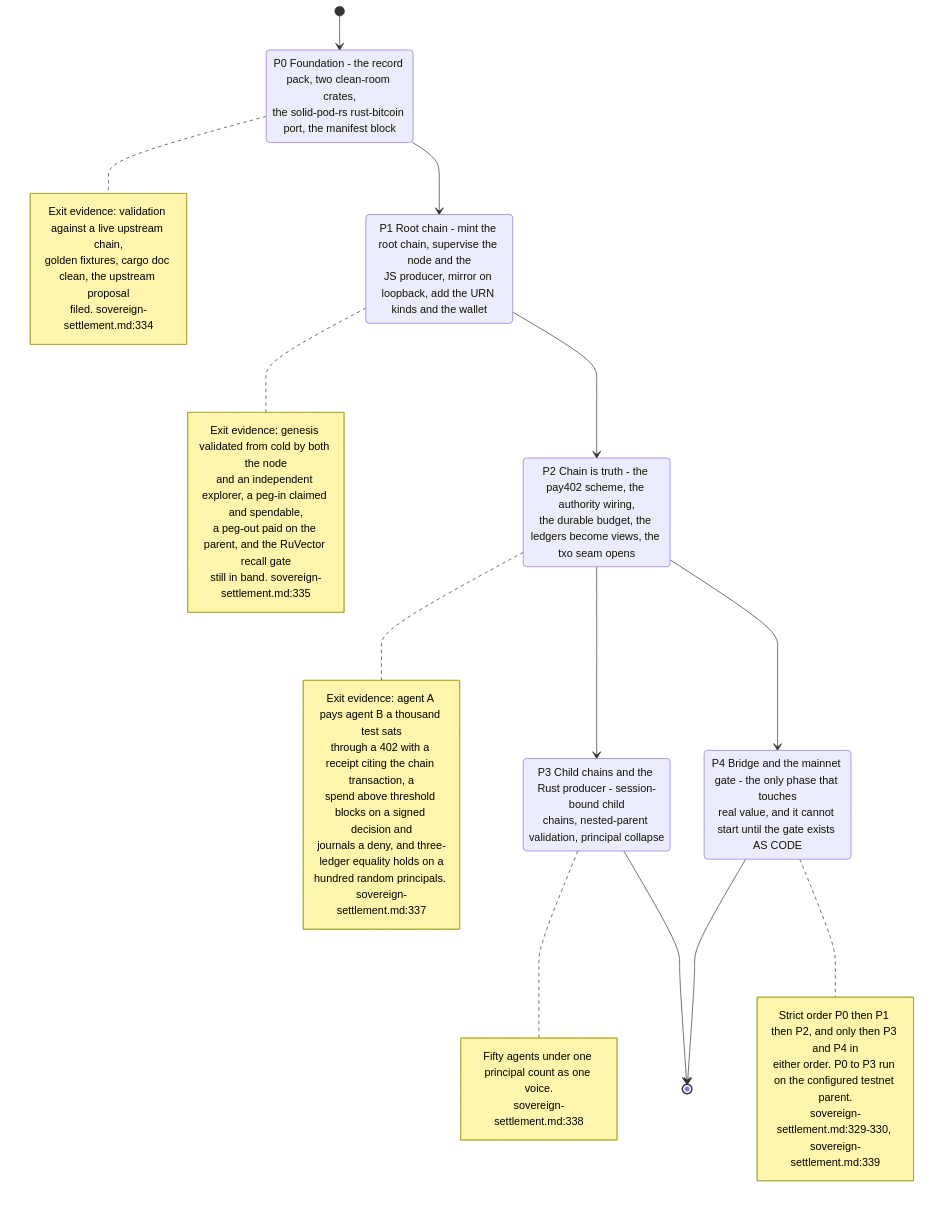
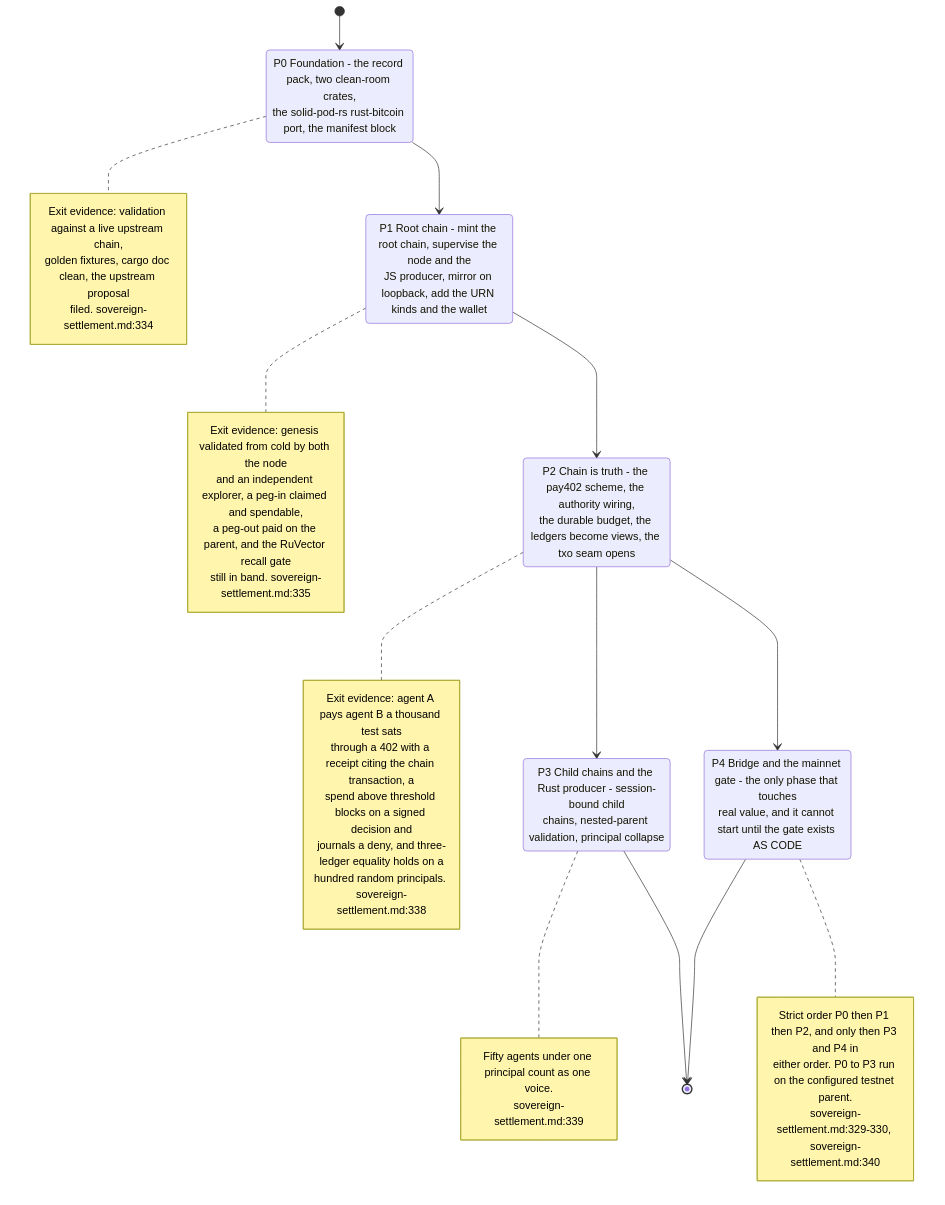
Before and after one commit to DreamLab-AI/VisionFlow: the seventh of 7 diagrams in docs/diagrams/agentbox/31-sovereign-settlement.md, drawn with Mermaid. The commit also changed other lines of this file and 94 other files, not shown here.

First line of the commit message:
docs(diagrams): re-verify 130 topics against 2 October HEADs

````diff
--- a/docs/diagrams/agentbox/31-sovereign-settlement.md
+++ b/docs/diagrams/agentbox/31-sovereign-settlement.md
@@ -248,42 +248,42 @@
 ```mermaid
 stateDiagram-v2
     [*] --> P0
     P0: P0 Foundation - the record pack, two clean-room crates,<br/>the solid-pod-rs rust-bitcoin port, the manifest block
     note right of P0
         Exit evidence: validation against a live upstream chain,
         golden fixtures, cargo doc clean, the upstream proposal
         filed. sovereign-settlement.md:334
     end note
     P0 --> P1
     P1: P1 Root chain - mint the root chain, supervise the node and the<br/>JS producer, mirror on loopback, add the URN kinds and the wallet
     note right of P1
         Exit evidence: genesis validated from cold by both the node
         and an independent explorer, a peg-in claimed and spendable,
         a peg-out paid on the parent, and the RuVector recall gate
         still in band. sovereign-settlement.md:335
     end note
     P1 --> P2
     P2: P2 Chain is truth - the pay402 scheme, the authority wiring,<br/>the durable budget, the ledgers become views, the txo seam opens
     note right of P2
         Exit evidence: agent A pays agent B a thousand test sats
         through a 402 with a receipt citing the chain transaction, a
         spend above threshold blocks on a signed decision and
         journals a deny, and three-ledger equality holds on a
-        hundred random principals. sovereign-settlement.md:337
+        hundred random principals. sovereign-settlement.md:338
     end note
     P2 --> P3
     P2 --> P4
     P3: P3 Child chains and the Rust producer - session-bound child<br/>chains, nested-parent validation, principal collapse
     note right of P3
         Fifty agents under one principal count as one voice.
-        sovereign-settlement.md:338
+        sovereign-settlement.md:339
     end note
     P4: P4 Bridge and the mainnet gate - the only phase that touches<br/>real value, and it cannot start until the gate exists AS CODE
     note right of P4
         Strict order P0 then P1 then P2, and only then P3 and P4 in
         either order. P0 to P3 run on the configured testnet parent.
-        sovereign-settlement.md:329-330, sovereign-settlement.md:339
+        sovereign-settlement.md:329-330, sovereign-settlement.md:340
     end note
     P3 --> [*]
     P4 --> [*]
 ```
````
